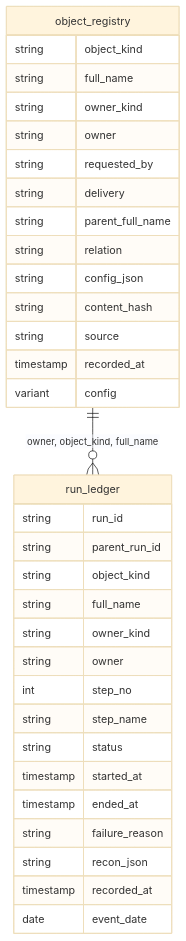
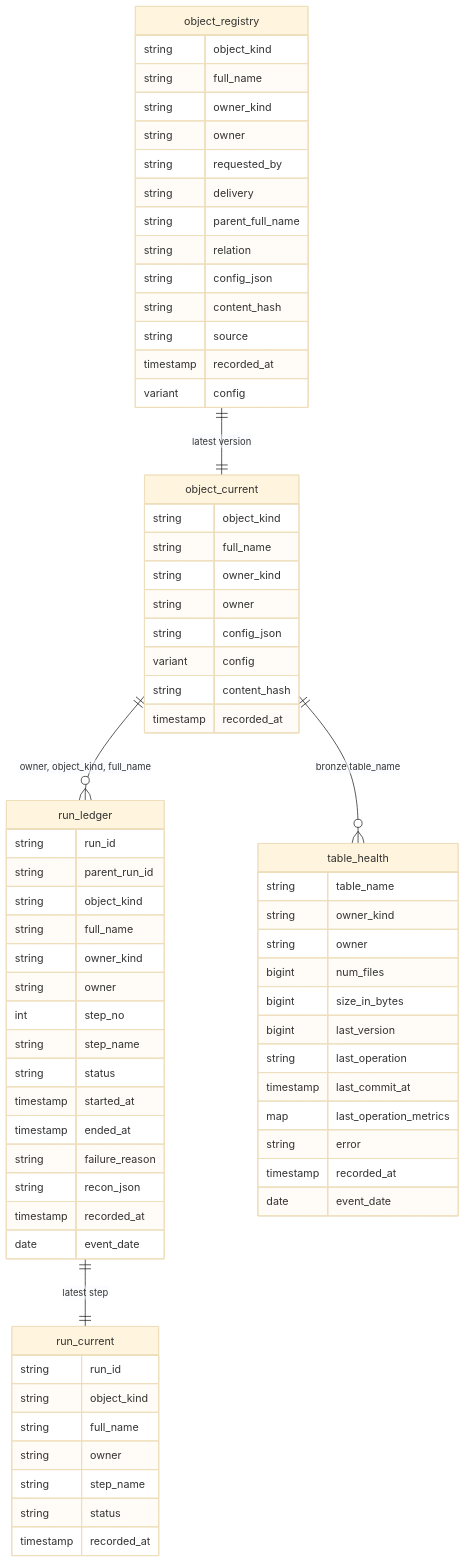
Before and after one commit to NitinKeshavB/framework: the fifth of 8 diagrams in framework_docs/ARCHITECTURE.md, drawn with Mermaid (base theme). The commit also changed other lines of this file and 6 other files, not shown here.

Commit message:
docs: end-to-end flows and full data model

````diff
--- a/framework_docs/ARCHITECTURE.md
+++ b/framework_docs/ARCHITECTURE.md
@@ -48,36 +137,72 @@
 ```mermaid
 erDiagram
-  object_registry ||--o{ run_ledger : "owner, object_kind, full_name"
+  object_registry ||--|| object_current : "latest version"
+  run_ledger ||--|| run_current : "latest step"
+  object_current ||--o{ run_ledger : "owner, object_kind, full_name"
+  object_current ||--o{ table_health : "bronze table_name"
   object_registry {
     string object_kind
     string full_name
     string owner_kind
     string owner
     string requested_by
     string delivery
     string parent_full_name
     string relation
     string config_json
     string content_hash
     string source
     timestamp recorded_at
     variant config
+  }
+  object_current {
+    string object_kind
+    string full_name
+    string owner_kind
+    string owner
+    string config_json
+    variant config
+    string content_hash
+    timestamp recorded_at
   }
   run_ledger {
     string run_id
     string parent_run_id
     string object_kind
     string full_name
     string owner_kind
     string owner
     int step_no
     string step_name
     string status
     timestamp started_at
     timestamp ended_at
     string failure_reason
     string recon_json
     timestamp recorded_at
     date event_date
   }
+  run_current {
+    string run_id
+    string object_kind
+    string full_name
+    string owner
+    string step_name
+    string status
+    timestamp recorded_at
+  }
+  table_health {
+    string table_name
+    string owner_kind
+    string owner
+    bigint num_files
+    bigint size_in_bytes
+    bigint last_version
+    string last_operation
+    timestamp last_commit_at
+    map last_operation_metrics
+    string error
+    timestamp recorded_at
+    date event_date
+  }
 ```
````
